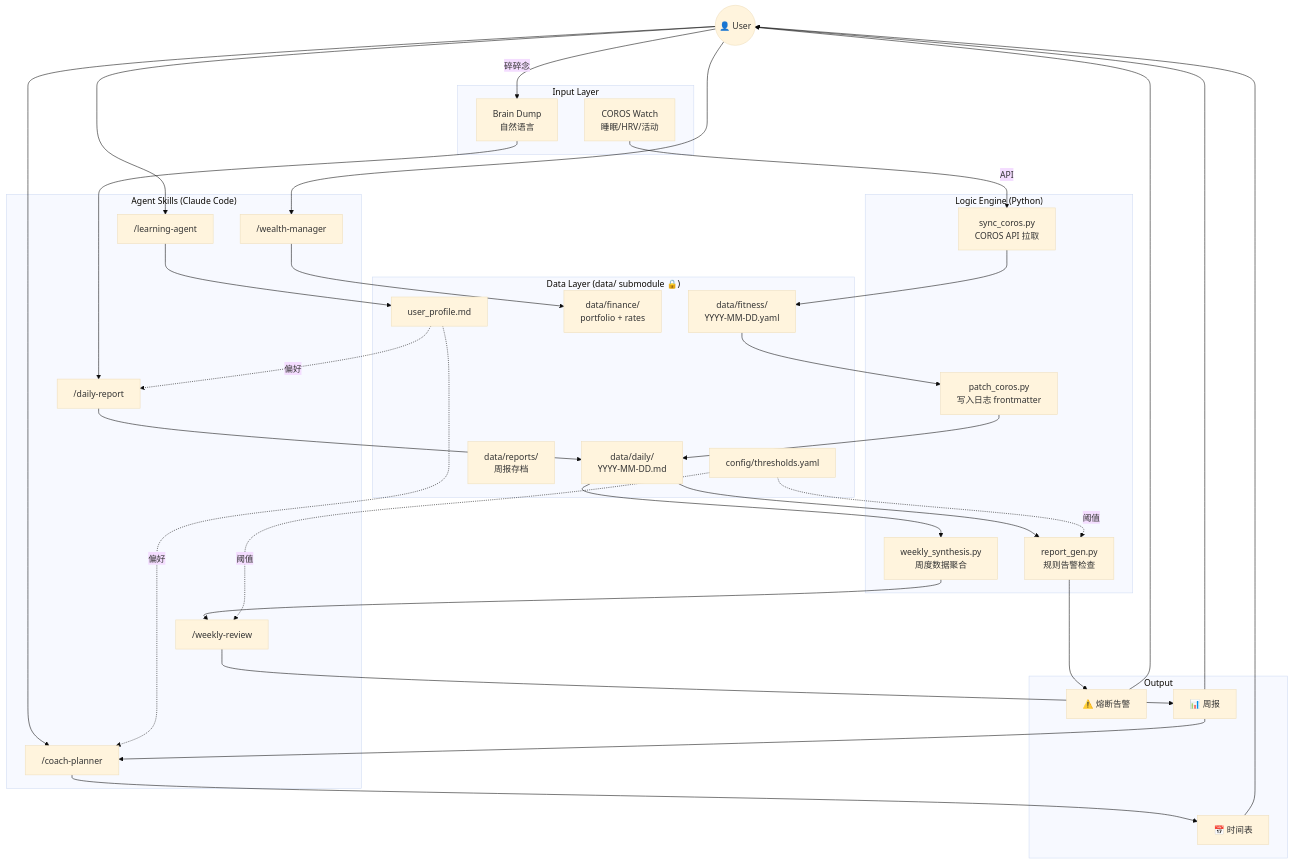
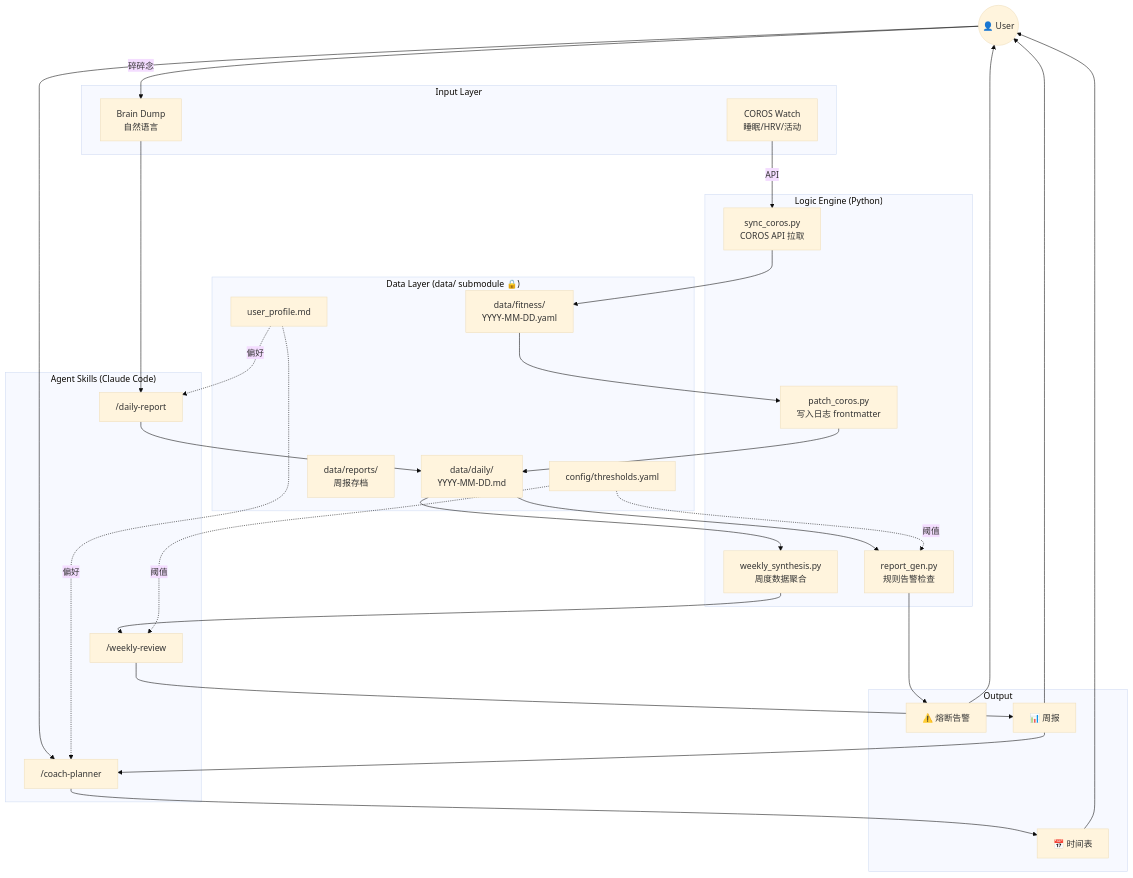
One commit to KelvinYou/personal-os changed the first of 7 diagrams in architecture.md. Above: the diagram before and after it, drawn with Mermaid (base theme). The commit also changed other lines of this file, not shown here.

First line of the commit message:
docs(architecture): add preamble, library layer, and invariants sections

````diff
--- a/architecture.md
+++ b/architecture.md
@@ -5,54 +15,49 @@
 ```mermaid
 graph TB
     User((👤 User))
 
     subgraph Input ["Input Layer"]
         BD["Brain Dump\n自然语言"]
         COROS_HW["COROS Watch\n睡眠/HRV/活动"]
     end
 
     subgraph Agents ["Agent Skills (Claude Code)"]
         DR["/daily-report"]
         CP["/coach-planner"]
         WR["/weekly-review"]
-        WM["/wealth-manager"]
-        LA["/learning-agent"]
     end
 
     subgraph Engine ["Logic Engine (Python)"]
         SC["sync_coros.py\nCOROS API 拉取"]
         PC["patch_coros.py\n写入日志 frontmatter"]
         RG["report_gen.py\n规则告警检查"]
         WS["weekly_synthesis.py\n周度数据聚合"]
     end
 
     subgraph Store ["Data Layer (data/ submodule 🔒)"]
         DL["data/daily/\nYYYY-MM-DD.md"]
         FIT["data/fitness/\nYYYY-MM-DD.yaml"]
         RPT["data/reports/\n周报存档"]
-        FIN["data/finance/\nportfolio + rates"]
         UP["user_profile.md"]
         CFG["config/thresholds.yaml"]
     end
 
     subgraph Output ["Output"]
         ALERT["⚠️ 熔断告警"]
         SCHED["📅 时间表"]
         REPORT["📊 周报"]
     end
 
     User -- "碎碎念" --> BD
     BD --> DR --> DL
     COROS_HW -- "API" --> SC --> FIT
     FIT --> PC --> DL
     DL --> RG --> ALERT --> User
     DL --> WS --> WR --> REPORT --> User
     REPORT --> CP
     User --> CP --> SCHED --> User
-    User --> WM --> FIN
-    User --> LA --> UP
     CFG -. "阈值" .-> RG
     CFG -. "阈值" .-> WR
     UP -. "偏好" .-> DR
     UP -. "偏好" .-> CP
 ```
````
